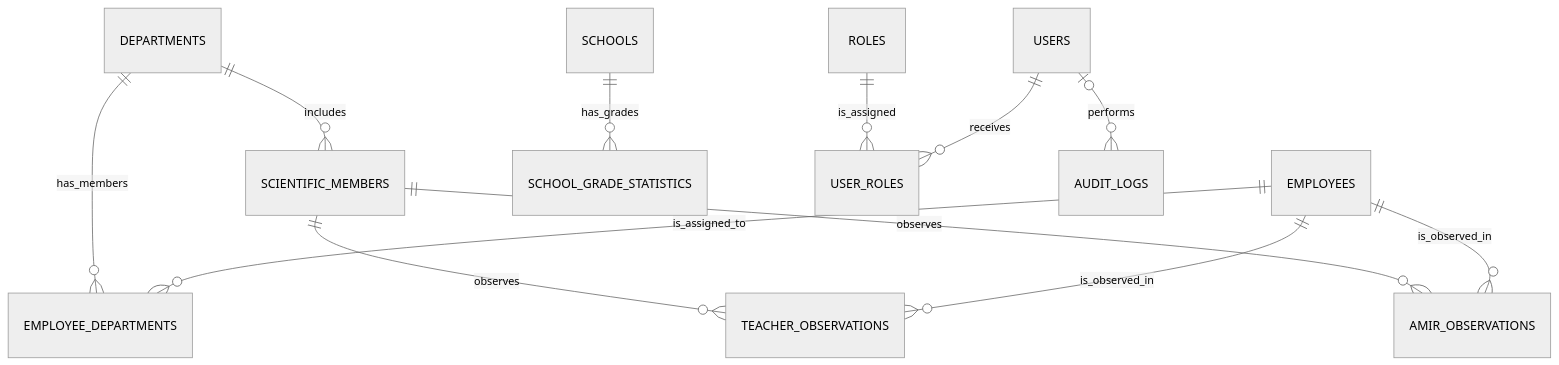
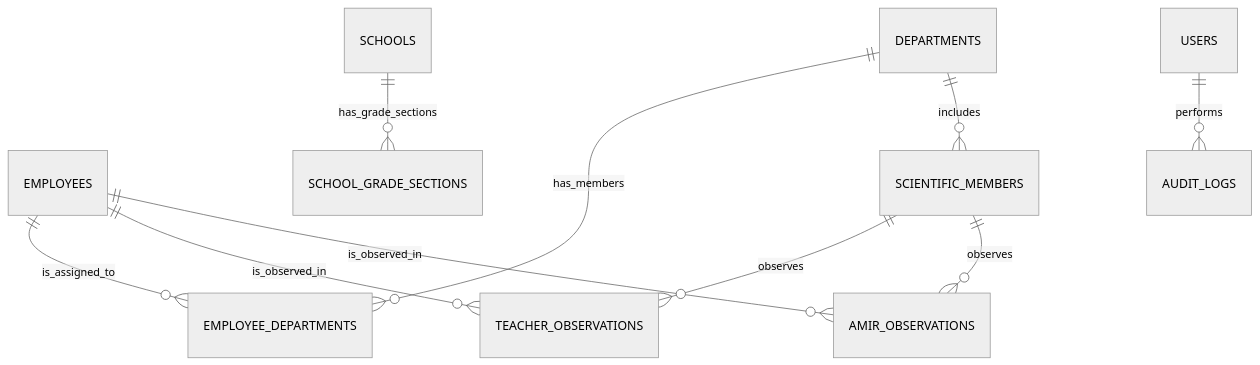
The diagram in docs/DATABASE.md (Habib2024-prog/information_system), drawn with Mermaid (neutral theme) before and after one commit. The commit also changed other lines of this file and 90 other files, not shown here.

````diff
--- a/docs/DATABASE.md
+++ b/docs/DATABASE.md
@@ -51,14 +51,12 @@
 ```mermaid
 erDiagram
     EMPLOYEES ||--o{ EMPLOYEE_DEPARTMENTS : is_assigned_to
     DEPARTMENTS ||--o{ EMPLOYEE_DEPARTMENTS : has_members
     DEPARTMENTS ||--o{ SCIENTIFIC_MEMBERS : includes
     EMPLOYEES ||--o{ TEACHER_OBSERVATIONS : is_observed_in
     EMPLOYEES ||--o{ AMIR_OBSERVATIONS : is_observed_in
     SCIENTIFIC_MEMBERS ||--o{ TEACHER_OBSERVATIONS : observes
     SCIENTIFIC_MEMBERS ||--o{ AMIR_OBSERVATIONS : observes
-    SCHOOLS ||--o{ SCHOOL_GRADE_STATISTICS : has_grades
-    USERS ||--o{ USER_ROLES : receives
-    ROLES ||--o{ USER_ROLES : is_assigned
-    USERS o|--o{ AUDIT_LOGS : performs
+    SCHOOLS ||--o{ SCHOOL_GRADE_SECTIONS : has_grade_sections
+    USERS ||--o{ AUDIT_LOGS : performs
 ```
````
